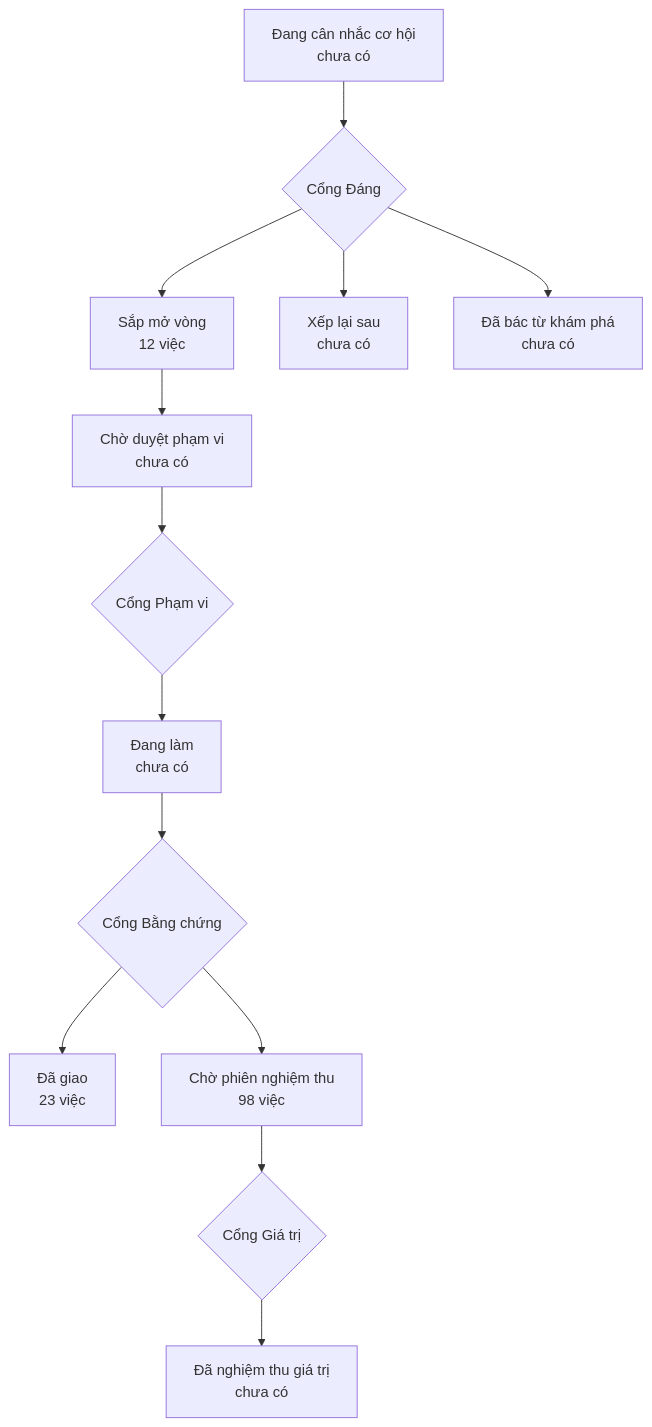
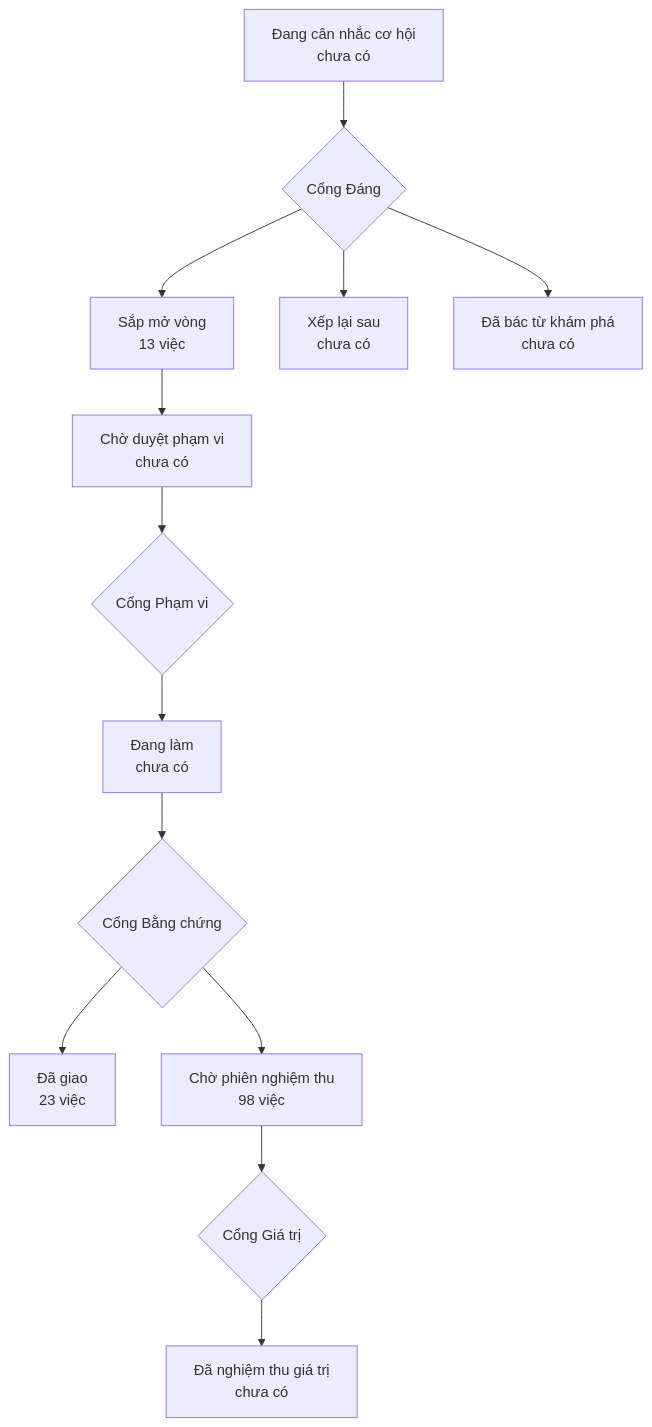
The diagram in PRODUCT-MAP.md (phanlemanh/onehub-quy-hang), drawn with Mermaid before and after one commit. The commit also changed other lines of this file and 3 other files, not shown here.

````diff
--- a/PRODUCT-MAP.md
+++ b/PRODUCT-MAP.md
@@ -7,12 +7,12 @@
 ```mermaid
 flowchart TD
   A["Đang cân nhắc cơ hội<br/>chưa có"] --> GD{"Cổng Đáng"}
-  GD --> B["Sắp mở vòng<br/>12 việc"]
+  GD --> B["Sắp mở vòng<br/>13 việc"]
   GD --> XL["Xếp lại sau<br/>chưa có"]
   GD --> DB["Đã bác từ khám phá<br/>chưa có"]
   B --> CD["Chờ duyệt phạm vi<br/>chưa có"] --> GP{"Cổng Phạm vi"}
   GP --> DL["Đang làm<br/>chưa có"] --> GB{"Cổng Bằng chứng"}
   GB --> DG["Đã giao<br/>23 việc"]
   GB --> CN["Chờ phiên nghiệm thu<br/>98 việc"] --> GG{"Cổng Giá trị"}
   GG --> NT["Đã nghiệm thu giá trị<br/>chưa có"]
 ```
````
